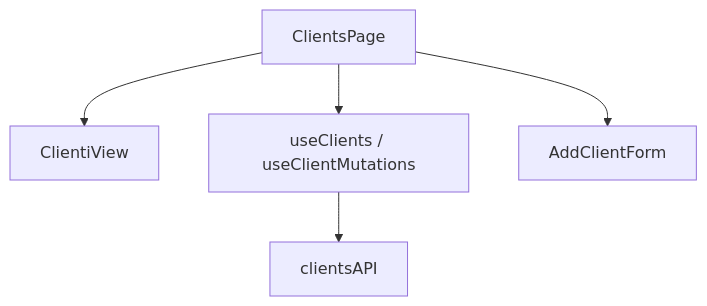
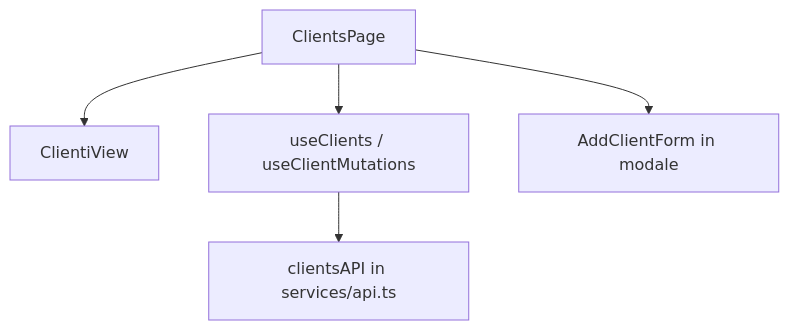
One commit to matteodiliberto3/GESTIONALE-JEINS changed the diagram in walkthrough/MID-LEVEL/cap07-frontend-pages-hooks-ui.md. Above: the diagram before and after it, drawn with Mermaid. The commit also changed other lines of this file and 11 other files, not shown here.

````diff
--- a/walkthrough/MID-LEVEL/cap07-frontend-pages-hooks-ui.md
+++ b/walkthrough/MID-LEVEL/cap07-frontend-pages-hooks-ui.md
@@ -16,11 +21,11 @@
 ```mermaid
 flowchart TB
     Page[ClientsPage]
     View[ClientiView]
     Hooks[useClients / useClientMutations]
-    API[clientsAPI]
+    API[clientsAPI in services/api.ts]
     Page --> Hooks
     Page --> View
-    Page --> Form[AddClientForm]
+    Page --> Form[AddClientForm in modale]
     Hooks --> API
 ```
````
